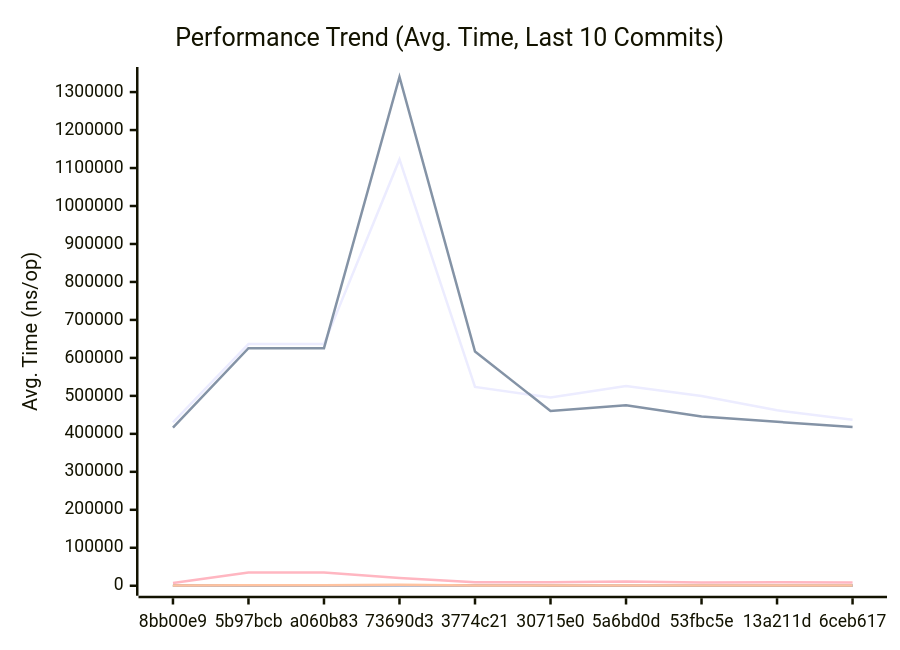
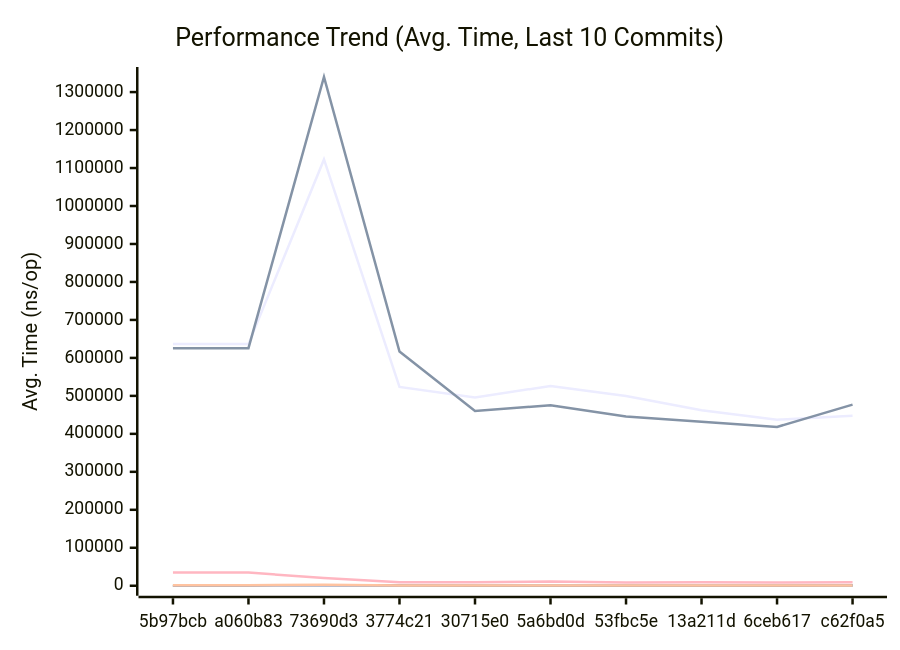
The first of 3 diagrams in docs/PERFORMANCE.md (alsotoes/momo), drawn with Mermaid before and after one commit. The commit also changed other lines of this file and 13 other files, not shown here.

````diff
--- a/docs/PERFORMANCE.md
+++ b/docs/PERFORMANCE.md
@@ -145,20 +145,20 @@
 ```mermaid
 xychart-beta
     title "Performance Trend (Avg. Time, Last 10 Commits)"
     x-axis "Commit"
     y-axis "Avg. Time (ns/op)"
-    x-axis [8bb00e9,5b97bcb,a060b83,73690d3,3774c21,30715e0,5a6bd0d,53fbc5e,13a211d,6ceb617]
-    line "AWSChunkedReaderSigned" [430367,636323,636323,1122523,523462,495636,526187,499710,461886,437350]
-    line "AWSChunkedReaderUnsigned" [416513,625607,625607,1339704,616920,460494,474985,445923,431657,418289]
-    line "CheckMetricsAndSwap" [8,19,19,26,13,11,9,10,9,8]
-    line "CrushOptimized" [309,680,680,668,404,465,338,334,350,344]
-    line "CrushOriginal" [422,752,752,1263,789,466,508,437,504,419]
-    line "IndexDirectTracking" [0,0,0,1,1,0,0,0,0,0]
-    line "IndexSearch" [3,3,3,4,2,3,3,3,3,3]
-    line "LoadGlobalConfig" [7072,34747,34747,20485,8970,9224,11173,8541,8919,8720]
-    line "PadString" [39,128,128,128,43,48,49,42,41,39]
+    x-axis [5b97bcb,a060b83,73690d3,3774c21,30715e0,5a6bd0d,53fbc5e,13a211d,6ceb617,c62f0a5]
+    line "AWSChunkedReaderSigned" [636323,636323,1122523,523462,495636,526187,499710,461886,437350,447444]
+    line "AWSChunkedReaderUnsigned" [625607,625607,1339704,616920,460494,474985,445923,431657,418289,476966]
+    line "CheckMetricsAndSwap" [19,19,26,13,11,9,10,9,8,10]
+    line "CrushOptimized" [680,680,668,404,465,338,334,350,344,353]
+    line "CrushOriginal" [752,752,1263,789,466,508,437,504,419,488]
+    line "IndexDirectTracking" [0,0,1,1,0,0,0,0,0,0]
+    line "IndexSearch" [3,3,4,2,3,3,3,3,3,3]
+    line "LoadGlobalConfig" [34747,34747,20485,8970,9224,11173,8541,8919,8720,9023]
+    line "PadString" [128,128,128,43,48,49,42,41,39,53]
     line "ParseReplicationOrder_NoPrealloc" [350,349,357,354,345,225,229,165,232,234]
     line "ParseReplicationOrder_Prealloc" [229,231,237,234,229,108,107,80,110,109]
-    line "SanitizeLog/Safe" [417,827,827,1308,563,313,284,240,213,224]
-    line "SanitizeLog/Unsafe" [504,1598,1598,2365,598,812,896,723,708,682]
+    line "SanitizeLog/Safe" [827,827,1308,563,313,284,240,213,224,479]
+    line "SanitizeLog/Unsafe" [1598,1598,2365,598,812,896,723,708,682,607]
 ```
````
